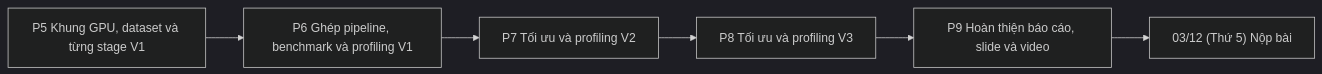
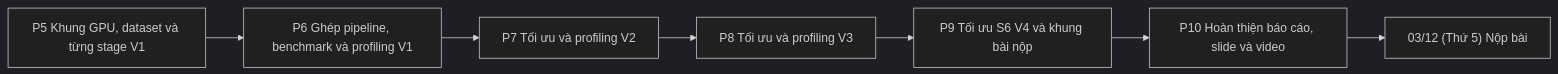
The first of 2 diagrams in docs/final-plan.md (nh-atuan/panorama-stitching), drawn with Mermaid (dark theme) before and after one commit. The commit also changed other lines of this file and 1 other file, not shown here.

````diff
--- a/docs/final-plan.md
+++ b/docs/final-plan.md
@@ -55,8 +55,9 @@
 ```mermaid
 flowchart LR
     P5["P5 Khung GPU, dataset và từng stage V1"] --> P6["P6 Ghép pipeline, benchmark và profiling V1"]
     P6 --> P7["P7 Tối ưu và profiling V2"]
     P7 --> P8["P8 Tối ưu và profiling V3"]
-    P8 --> P9["P9 Hoàn thiện báo cáo, slide và video"]
-    P9 --> END["03/12 (Thứ 5) Nộp bài"]
+    P8 --> P9["P9 Tối ưu S6 V4 và khung bài nộp"]
+    P9 --> P10["P10 Hoàn thiện báo cáo, slide và video"]
+    P10 --> END["03/12 (Thứ 5) Nộp bài"]
 ```
````
